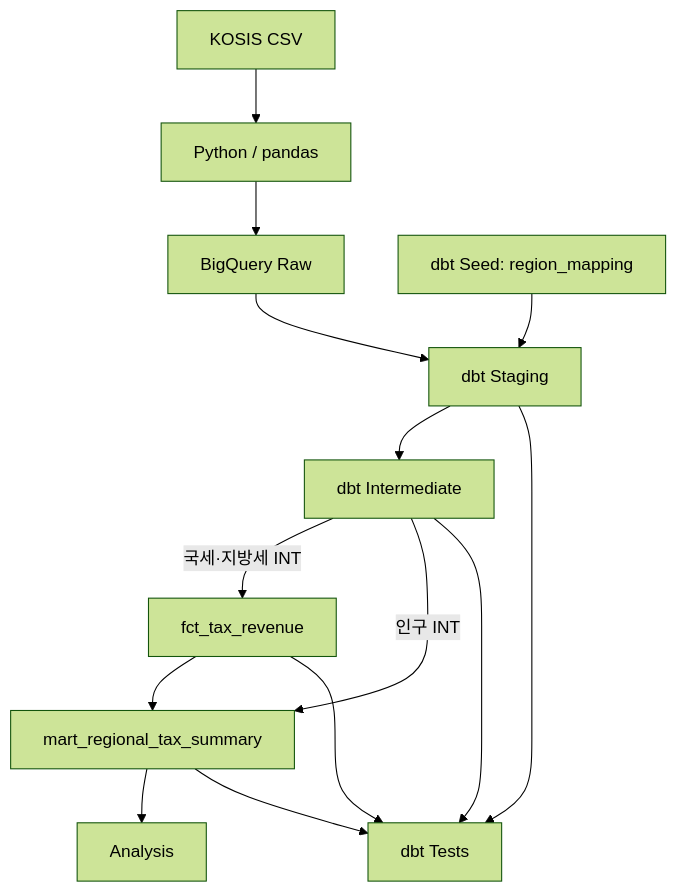
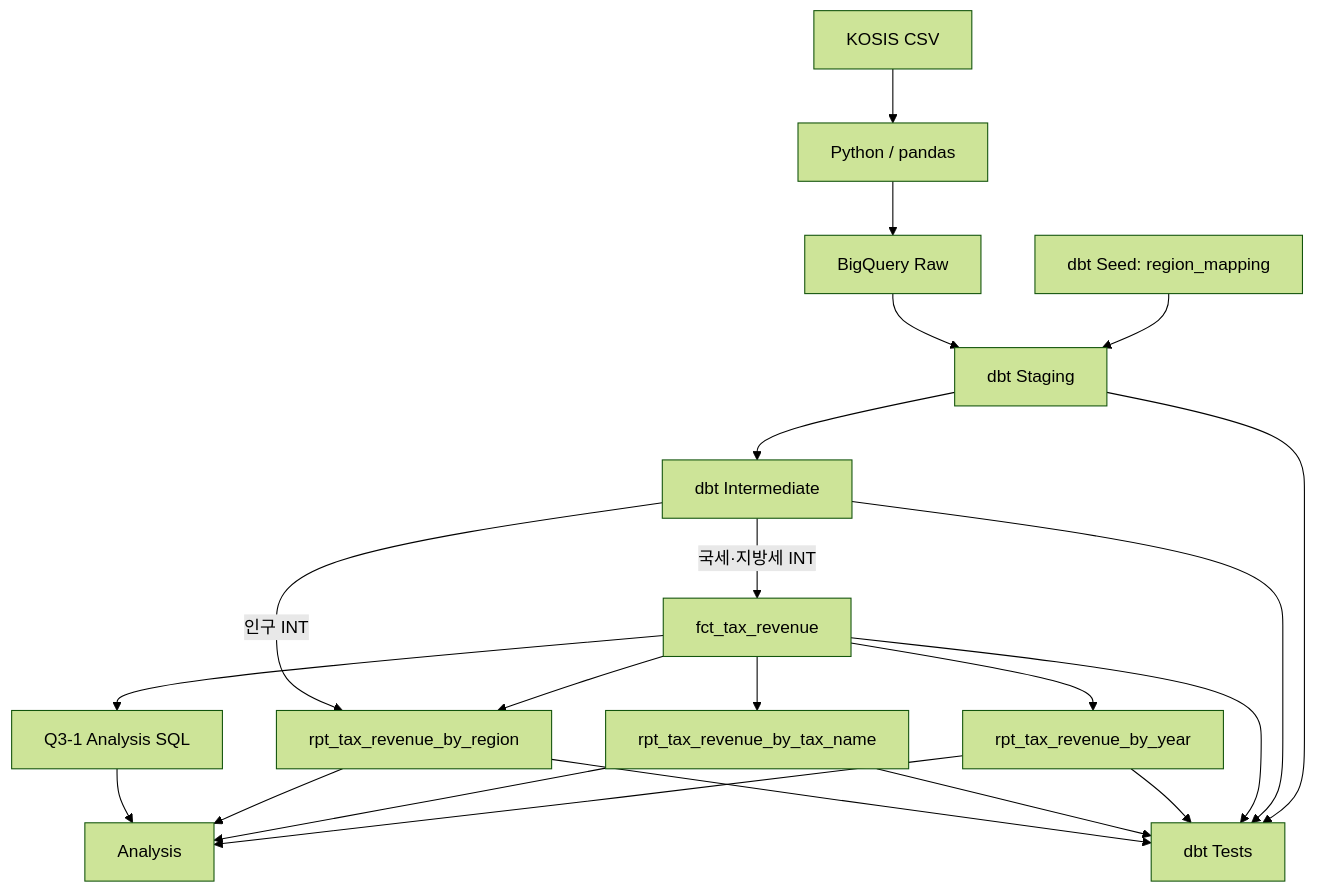
Before and after one commit to Kai07790/dbt_project_1_tax: the diagram in README.md, drawn with Mermaid (forest theme). The commit also changed other lines of this file, not shown here.

````diff
--- a/README.md
+++ b/README.md
@@ -253,21 +271,31 @@
 ```mermaid
 flowchart TD
     A[KOSIS CSV] --> B[Python / pandas]
     B --> C[BigQuery Raw]
 
     S[dbt Seed: region_mapping] --> D[dbt Staging]
     C --> D
 
     D --> E[dbt Intermediate]
 
     E -->|국세·지방세 INT| F[fct_tax_revenue]
-    E -->|인구 INT| G[mart_regional_tax_summary]
-    F --> G
 
-    G --> H[Analysis]
+    F --> G[rpt_tax_revenue_by_year]
+    F --> H[rpt_tax_revenue_by_tax_name]
+    F --> I[rpt_tax_revenue_by_region]
+
+    E -->|인구 INT| I
+
+    F --> J[Q3-1 Analysis SQL]
+    G --> K[Analysis]
+    H --> K
+    I --> K
+    J --> K
 
     D --> T[dbt Tests]
     E --> T
     F --> T
     G --> T
+    H --> T
+    I --> T
 ```
````
